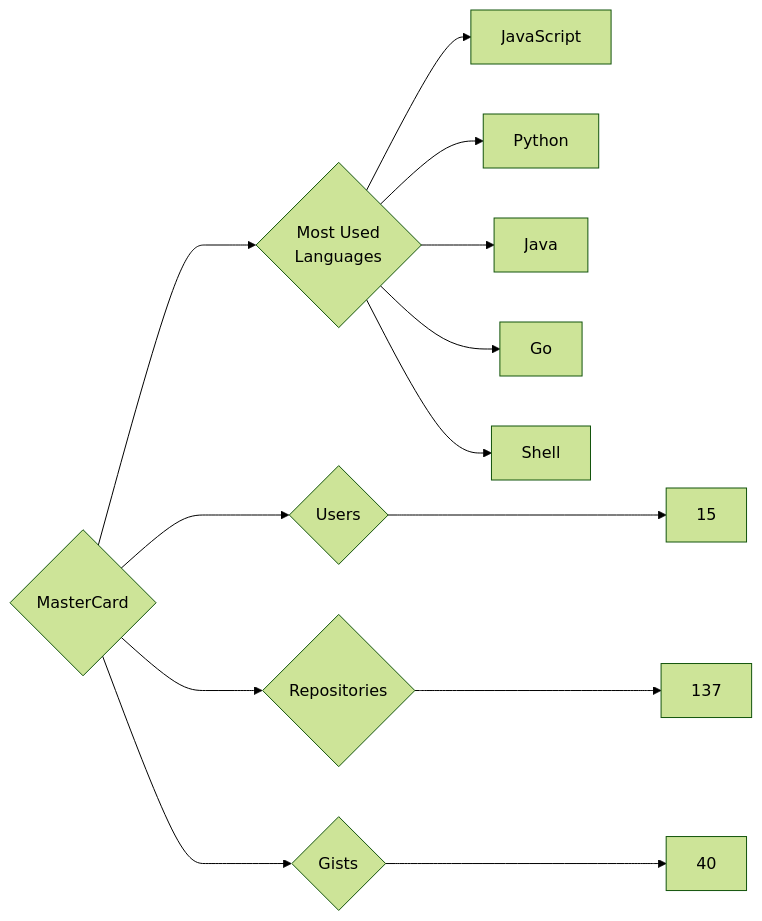
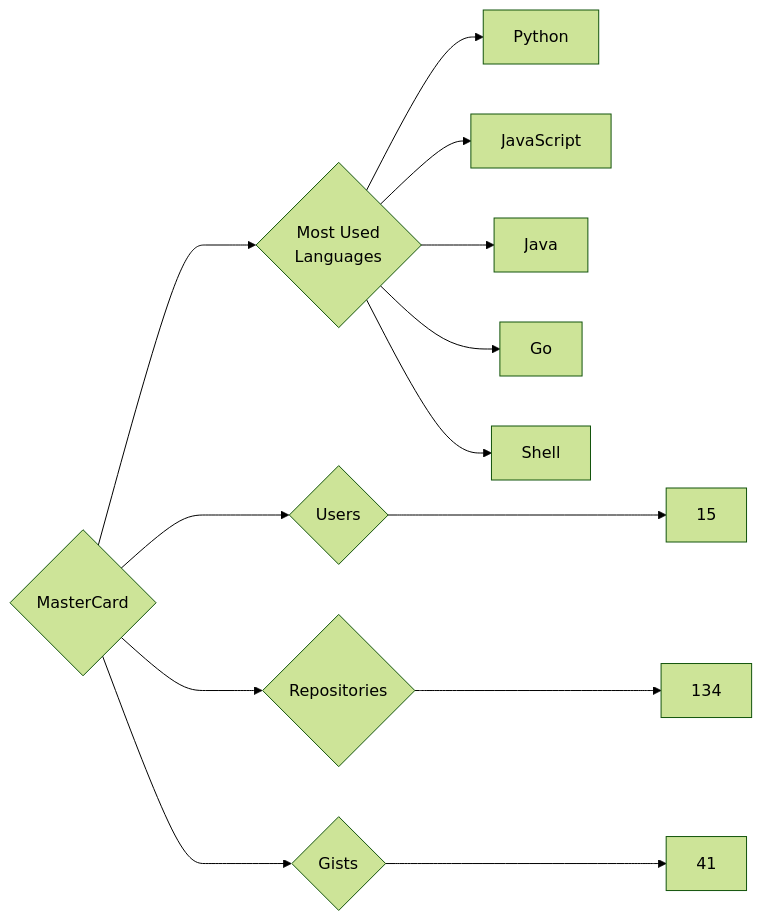
Before and after one commit to trickest/insiders: the diagram in targets/MasterCard/README.md, drawn with Mermaid (forest theme). The commit also changed 1508 other files, not shown here.

````diff
--- a/targets/MasterCard/README.md
+++ b/targets/MasterCard/README.md
@@ -3,13 +3,13 @@
 ```mermaid
 graph LR
 COMPANY_NAME{MasterCard}
 COMPANY_NAME ---> U{Users} ---> UN[15]
-COMPANY_NAME ---> R{Repositories} ---> RN[137]
-COMPANY_NAME ---> G{Gists} ---> GN[40]
+COMPANY_NAME ---> R{Repositories} ---> RN[134]
+COMPANY_NAME ---> G{Gists} ---> GN[41]
 COMPANY_NAME ---> ML{Most Used<br>Languages}
+ML --> Python[Python]
 ML --> JavaScript[JavaScript]
-ML --> Python[Python]
 ML --> Java[Java]
 ML --> Go[Go]
 ML --> Shell[Shell]
 ```
````
